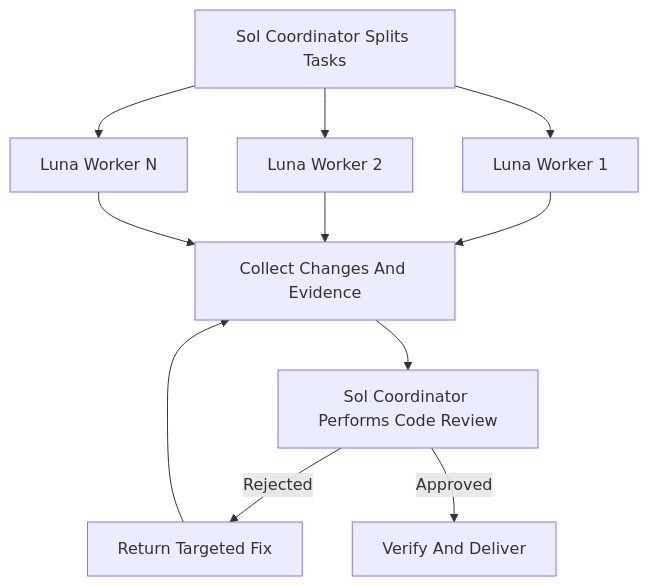
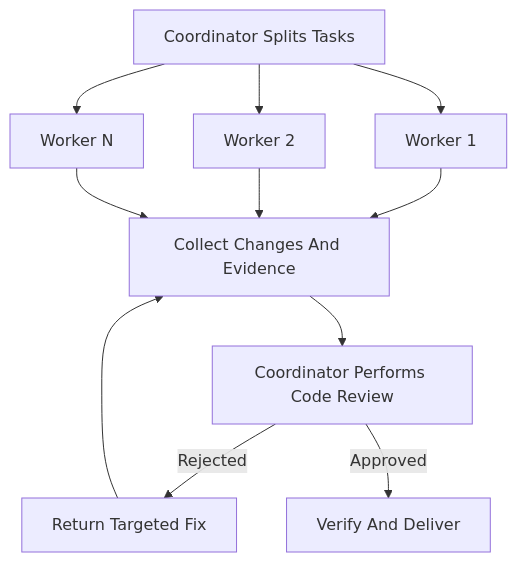
One commit to hanjeahwan/common-skills changed the diagram in .agents/skills/codex-luna-swarm/SKILL.md. Above: the diagram before and after it, drawn with Mermaid. The commit also changed other lines of this file and 7 other files, not shown here.

````diff
--- a/.agents/skills/codex-luna-swarm/SKILL.md
+++ b/.agents/skills/codex-luna-swarm/SKILL.md
@@ -10,13 +10,13 @@
 ```mermaid
 flowchart TD
-    S[Sol Coordinator Splits Tasks] --> L1[Luna Worker 1]
-    S --> L2[Luna Worker 2]
-    S --> LN[Luna Worker N]
+    S[Coordinator Splits Tasks] --> L1[Worker 1]
+    S --> L2[Worker 2]
+    S --> LN[Worker N]
     L1 --> G[Collect Changes And Evidence]
     L2 --> G
     LN --> G
-    G --> R[Sol Coordinator Performs Code Review]
+    G --> R[Coordinator Performs Code Review]
     R -->|Rejected| F[Return Targeted Fix]
     F --> G
     R -->|Approved| V[Verify And Deliver]
 ```
````
